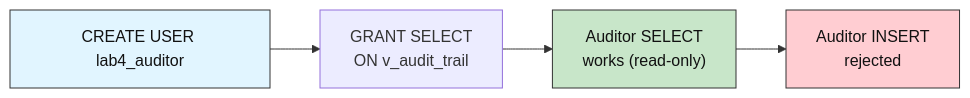
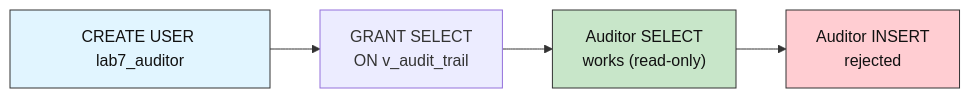
One commit to CogKnowEdge-Solutions/Context-Memory-Layer changed the fourth of 4 diagrams in Audit-DB-Labs/Lab 7 - Enforcing Access Control and Detecting Tampering/lab-enforcing-access-control-detecting-tampering.md. Above: the diagram before and after it, drawn with Mermaid. The commit also changed other lines of this file and 10 other files, not shown here.

First line of the commit message:
feat: add Lab 4 (Filtering, Search, Pagination) + renumber Lab 7/8 identifiers to full 8-lab sequence

````diff
--- a/Audit-DB-Labs/Lab 7 - Enforcing Access Control and Detecting Tampering/lab-enforcing-access-control-detecting-tampering.md
+++ b/Audit-DB-Labs/Lab 7 - Enforcing Access Control and Detecting Tampering/lab-enforcing-access-control-detecting-tampering.md
@@ -101,9 +101,9 @@
 ```mermaid
 flowchart LR
-    ROLE["CREATE USER lab4_auditor"] --> GRANT["GRANT SELECT\nON v_audit_trail"]
+    ROLE["CREATE USER lab7_auditor"] --> GRANT["GRANT SELECT\nON v_audit_trail"]
     GRANT --> SEL["Auditor SELECT\nworks (read-only)"]
     SEL --> INS["Auditor INSERT\nrejected"]
     style ROLE fill:#e1f5ff,stroke:#333333,color:#111111
     style SEL fill:#c8e6c9,stroke:#333333,color:#111111
     style INS fill:#ffcdd2,stroke:#333333,color:#111111
 ```
````
